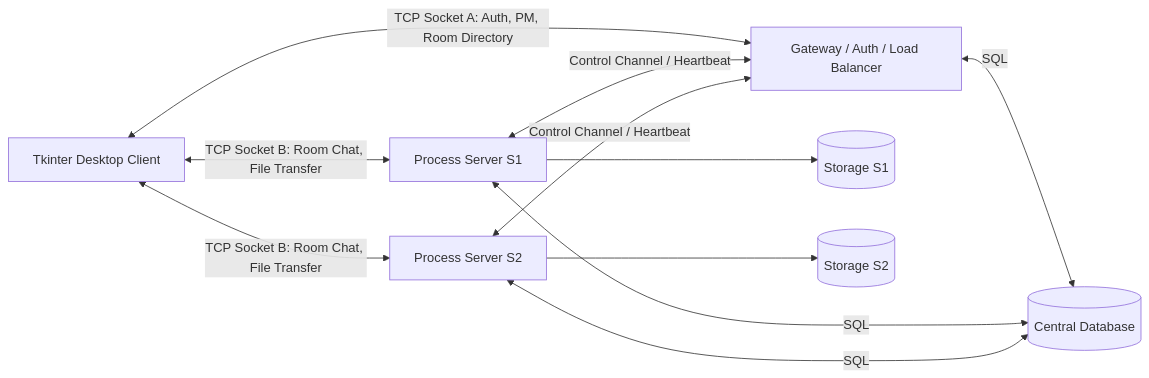
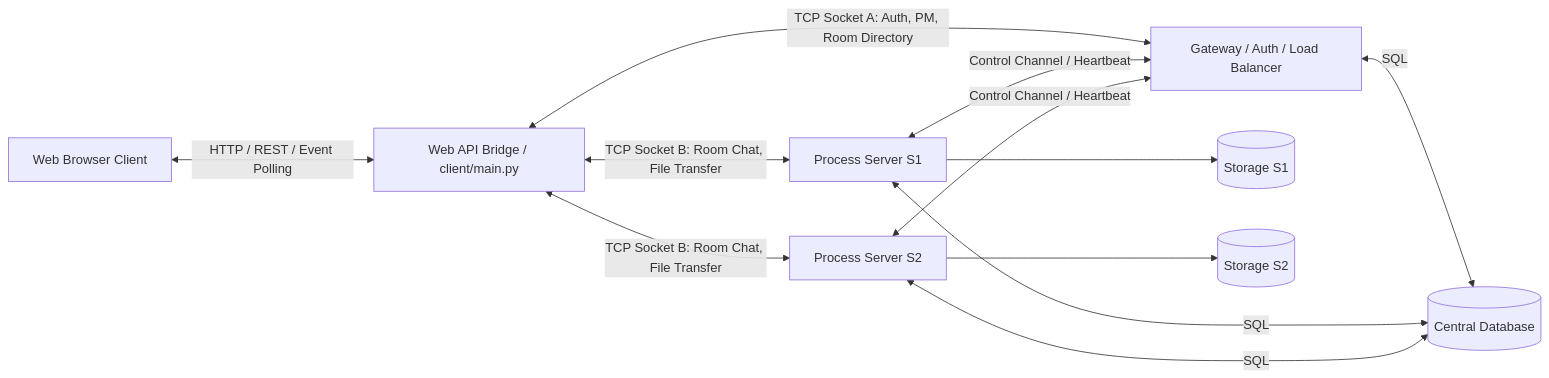
The first of 7 diagrams in docs/ARCHITECTURE.md (erlanggardr/netcourier), drawn with Mermaid before and after one commit. The commit also changed other lines of this file and 39 other files, not shown here.

Commit message:
feat: complete migration to Web UI, fix file deletion bugs, optimize socket/buffer handling (78MB/s), and update documentation

````diff
--- a/docs/ARCHITECTURE.md
+++ b/docs/ARCHITECTURE.md
@@ -17,16 +17,17 @@
 ```mermaid
 flowchart LR
-    C[Tkinter Desktop Client] <-->|TCP Socket A: Auth, PM, Room Directory| G[Gateway / Auth / Load Balancer]
-    C <-->|TCP Socket B: Room Chat, File Transfer| S1[Process Server S1]
-    C <-->|TCP Socket B: Room Chat, File Transfer| S2[Process Server S2]
+    Browser[Web Browser Client] <-->|HTTP / REST / Event Polling| Bridge[Web API Bridge / client/main.py]
+    Bridge <-->|TCP Socket A: Auth, PM, Room Directory| G[Gateway / Auth / Load Balancer]
+    Bridge <-->|TCP Socket B: Room Chat, File Transfer| S1[Process Server S1]
+    Bridge <-->|TCP Socket B: Room Chat, File Transfer| S2[Process Server S2]
 
     G <-->|SQL| DB[(Central Database)]
     S1 <-->|SQL| DB
     S2 <-->|SQL| DB
 
     S1 --> FS1[(Storage S1)]
     S2 --> FS2[(Storage S2)]
 
     S1 <-->|Control Channel / Heartbeat| G
     S2 <-->|Control Channel / Heartbeat| G
 ```
````
